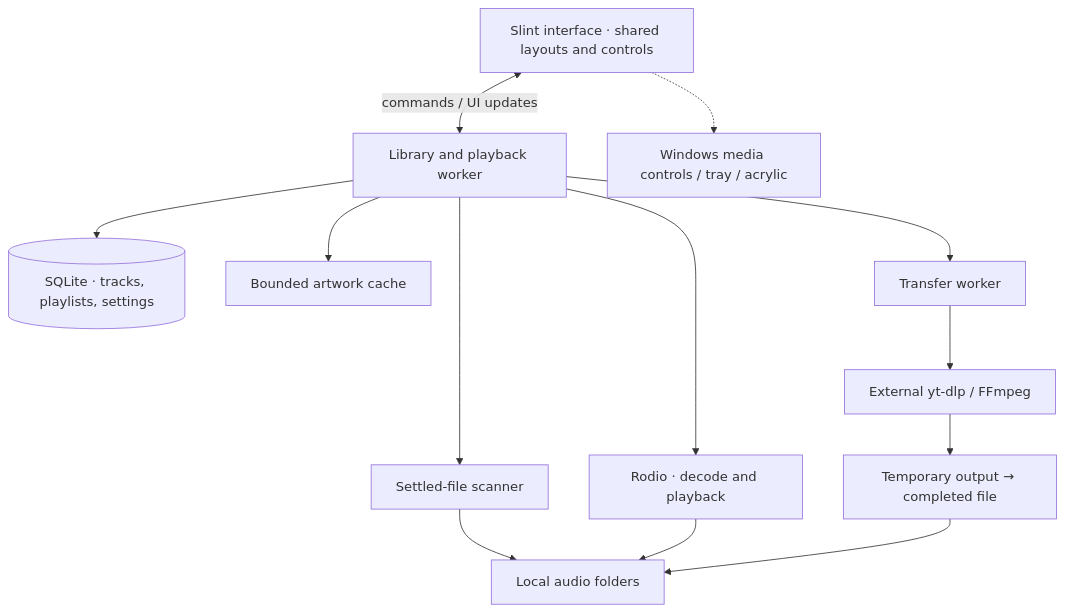
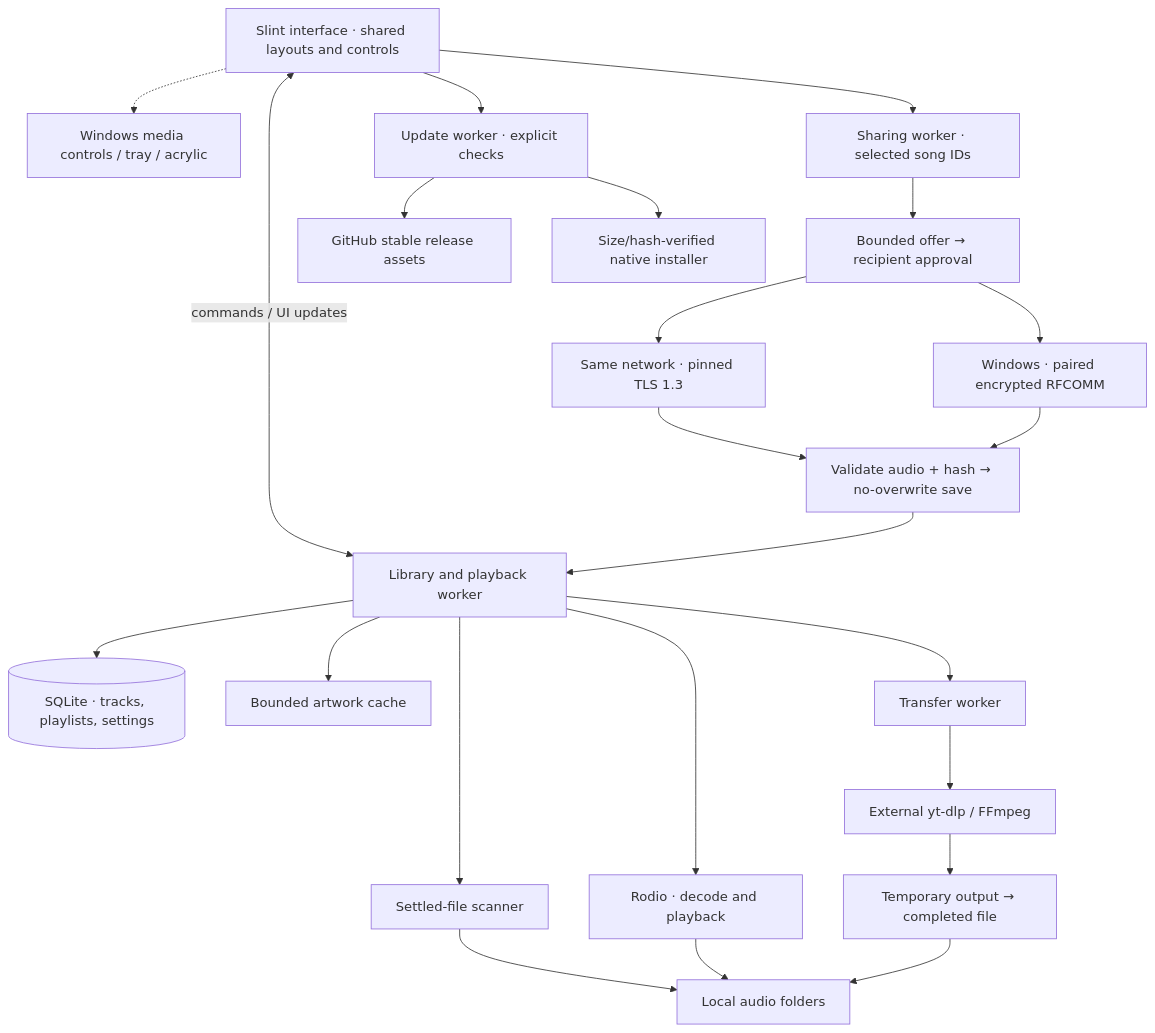
The third of 3 diagrams in README.md (naveed-gung/Monolith-DE), drawn with Mermaid before and after one commit. The commit also changed other lines of this file and 46 other files, not shown here.

````diff
--- a/README.md
+++ b/README.md
@@ -148,15 +215,25 @@
 ```mermaid
 flowchart TB
     UI["Slint interface · shared layouts and controls"] <-->|"commands / UI updates"| Worker["Library and playback worker"]
     Worker --> Inbox["Settled-file scanner"]
     Inbox --> Files["Local audio folders"]
     Worker --> DB[("SQLite · tracks, playlists, settings")]
     Worker --> Audio["Rodio · decode and playback"]
     Audio --> Files
     Worker --> Art["Bounded artwork cache"]
     Worker --> Transfer["Transfer worker"]
     Transfer --> Tool["External yt-dlp / FFmpeg"]
     Tool --> Stage["Temporary output → completed file"]
     Stage --> Files
     UI -.-> Windows["Windows media controls / tray / acrylic"]
+    UI --> Update["Update worker · explicit checks"]
+    UI --> Nearby["Sharing worker · selected song IDs"]
+    Nearby --> Consent["Bounded offer → recipient approval"]
+    Consent --> LAN["Same network · pinned TLS 1.3"]
+    Consent --> Bluetooth["Windows · paired encrypted RFCOMM"]
+    LAN --> Receipt["Validate audio + hash → no-overwrite save"]
+    Bluetooth --> Receipt
+    Receipt --> Worker
+    Update --> GitHub["GitHub stable release assets"]
+    Update --> Setup["Size/hash-verified native installer"]
 ```
````
